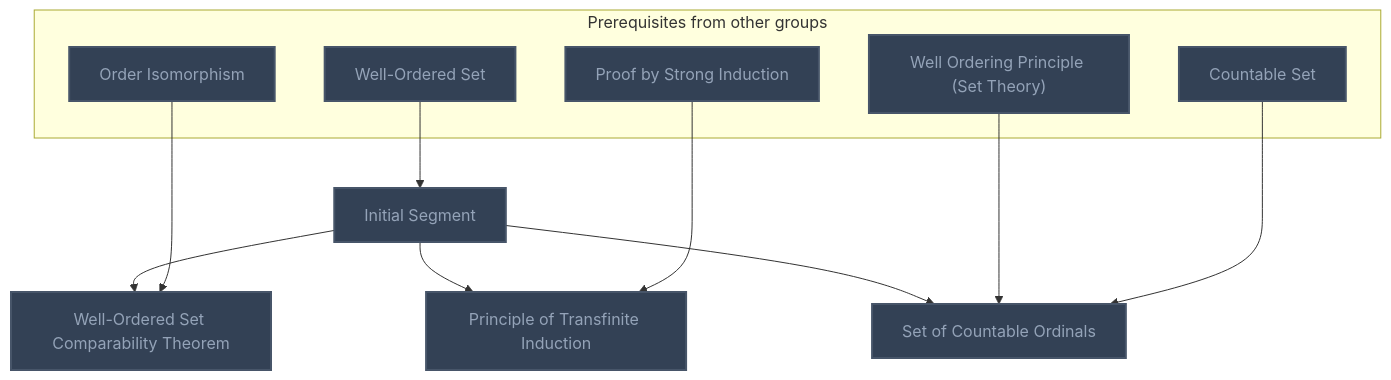
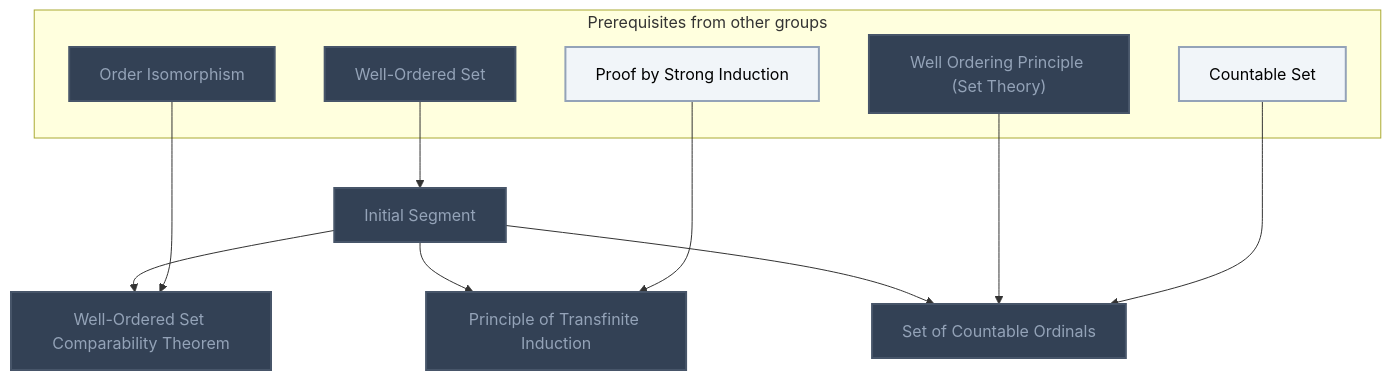
Before and after one commit to MRauf1/My-Notes: the fourth of 13 diagrams in Gamification/Skill Trees/Measure Theory.md, drawn with Mermaid. The commit also changed other lines of this file and 156 other files, not shown here.

````diff
--- a/Gamification/Skill Trees/Measure Theory.md
+++ b/Gamification/Skill Trees/Measure Theory.md
@@ -110,33 +113,34 @@
 ```mermaid
 flowchart TD
     classDef planned fill:#1E293B,stroke:#64748B,stroke-width:2px,stroke-dasharray:5 5,color:#94A3B8;
     classDef locked fill:#334155,stroke:#475569,stroke-width:2px,color:#94A3B8;
     classDef L0 fill:#F1F5F9,stroke:#94A3B8,stroke-width:2px,color:#000000;
     classDef L1 fill:#22C55E,stroke:#15803D,stroke-width:2px,color:#000000;
     classDef L2 fill:#3B82F6,stroke:#1D4ED8,stroke-width:3px,color:#FFFFFF;
     classDef L3 fill:#A855F7,stroke:#6B21A8,stroke-width:3px,color:#FFFFFF,font-weight:bold;
     classDef L4 fill:#F97316,stroke:#C2410C,stroke-width:4px,color:#000000,font-weight:bold;
     classDef L5 fill:#FFD700,stroke:#FF8C00,stroke-width:5px,color:#000000,font-weight:bold;
     classDef rusty stroke:#8B4513,stroke-width:4px,stroke-dasharray:3 3;
     subgraph sg_prereqs["Prerequisites from other groups"]
         n_well_ordered_set["Well-Ordered Set"]
         n_order_isomorphism["Order Isomorphism"]
         n_proof_by_strong_induction["Proof by Strong Induction"]
         n_well_ordering_principle_set_theory["Well Ordering Principle (Set Theory)"]
         n_countable_set["Countable Set"]
     end
     n_initial_segment["Initial Segment"]
     n_well_ordered_set_comparability_theorem["Well-Ordered Set Comparability Theorem"]
     n_principle_of_transfinite_induction["Principle of Transfinite Induction"]
     n_set_of_countable_ordinals["Set of Countable Ordinals"]
     n_well_ordered_set --> n_initial_segment
     n_initial_segment --> n_well_ordered_set_comparability_theorem
     n_order_isomorphism --> n_well_ordered_set_comparability_theorem
     n_initial_segment --> n_principle_of_transfinite_induction
     n_proof_by_strong_induction --> n_principle_of_transfinite_induction
     n_initial_segment --> n_set_of_countable_ordinals
     n_well_ordering_principle_set_theory --> n_set_of_countable_ordinals
     n_countable_set --> n_set_of_countable_ordinals
-    class n_well_ordered_set,n_order_isomorphism,n_proof_by_strong_induction,n_well_ordering_principle_set_theory,n_countable_set,n_initial_segment,n_well_ordered_set_comparability_theorem,n_principle_of_transfinite_induction,n_set_of_countable_ordinals locked;
+    class n_well_ordered_set,n_order_isomorphism,n_well_ordering_principle_set_theory,n_initial_segment,n_well_ordered_set_comparability_theorem,n_principle_of_transfinite_induction,n_set_of_countable_ordinals locked;
+    class n_proof_by_strong_induction,n_countable_set L0;
     class n_well_ordered_set,n_order_isomorphism,n_proof_by_strong_induction,n_well_ordering_principle_set_theory,n_countable_set,n_initial_segment,n_well_ordered_set_comparability_theorem,n_principle_of_transfinite_induction,n_set_of_countable_ordinals internal-link;
 ```
````
